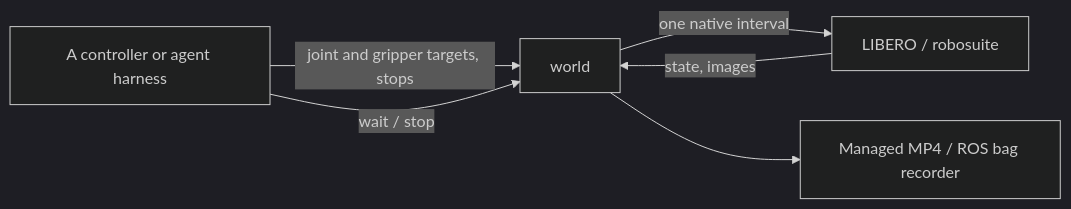
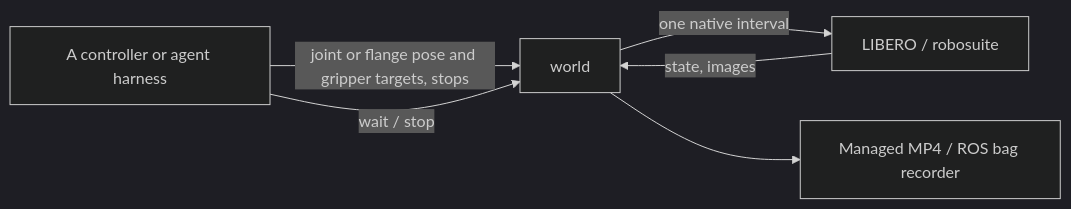
Before and after one commit to stacx-lab/kinex-sim: the diagram in docs/libero.md, drawn with Mermaid (dark theme). The commit also changed other lines of this file and 17 other files, not shown here.

````diff
--- a/docs/libero.md
+++ b/docs/libero.md
@@ -37,8 +37,8 @@
 ```mermaid
 flowchart LR
-  client[A controller or agent harness] -->|joint and gripper targets, stops| world
+  client[A controller or agent harness] -->|joint or flange pose and gripper targets, stops| world
   client -->|wait / stop| world
   world -->|one native interval| native[LIBERO / robosuite]
   native -->|state, images| world
   world --> recorder[Managed MP4 / ROS bag recorder]
 ```
````
